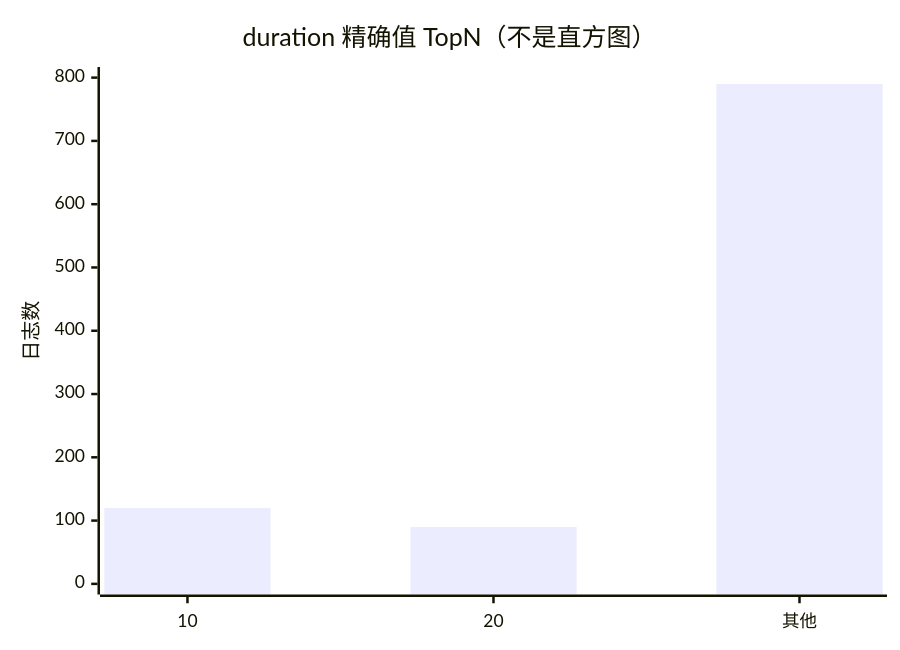
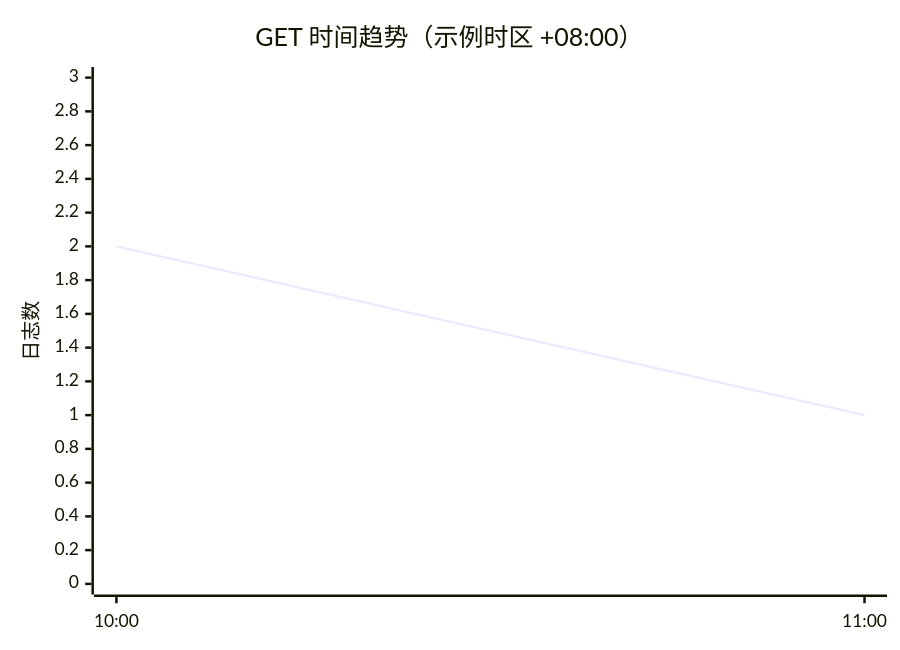
The fifth of 6 diagrams in src/backend/services/web/ai_assistant/docs/frontend_statistics.md (TencentBlueKing/bk-audit), drawn with Mermaid before and after one commit. The commit also changed other lines of this file and 6 other files, not shown here.

````diff
--- a/src/backend/services/web/ai_assistant/docs/frontend_statistics.md
+++ b/src/backend/services/web/ai_assistant/docs/frontend_statistics.md
@@ -317,7 +204,7 @@
 ```mermaid
 xychart-beta
-    title "duration 精确值 TopN（不是直方图）"
-    x-axis ["10", "20", "其他"]
-    y-axis "日志数" 0 --> 800
-    bar [120, 90, 790]
+    title "GET 时间趋势（示例时区 +08:00）"
+    x-axis ["10:00", "11:00"]
+    y-axis "日志数" 0 --> 3
+    line [2, 1]
 ```
````
